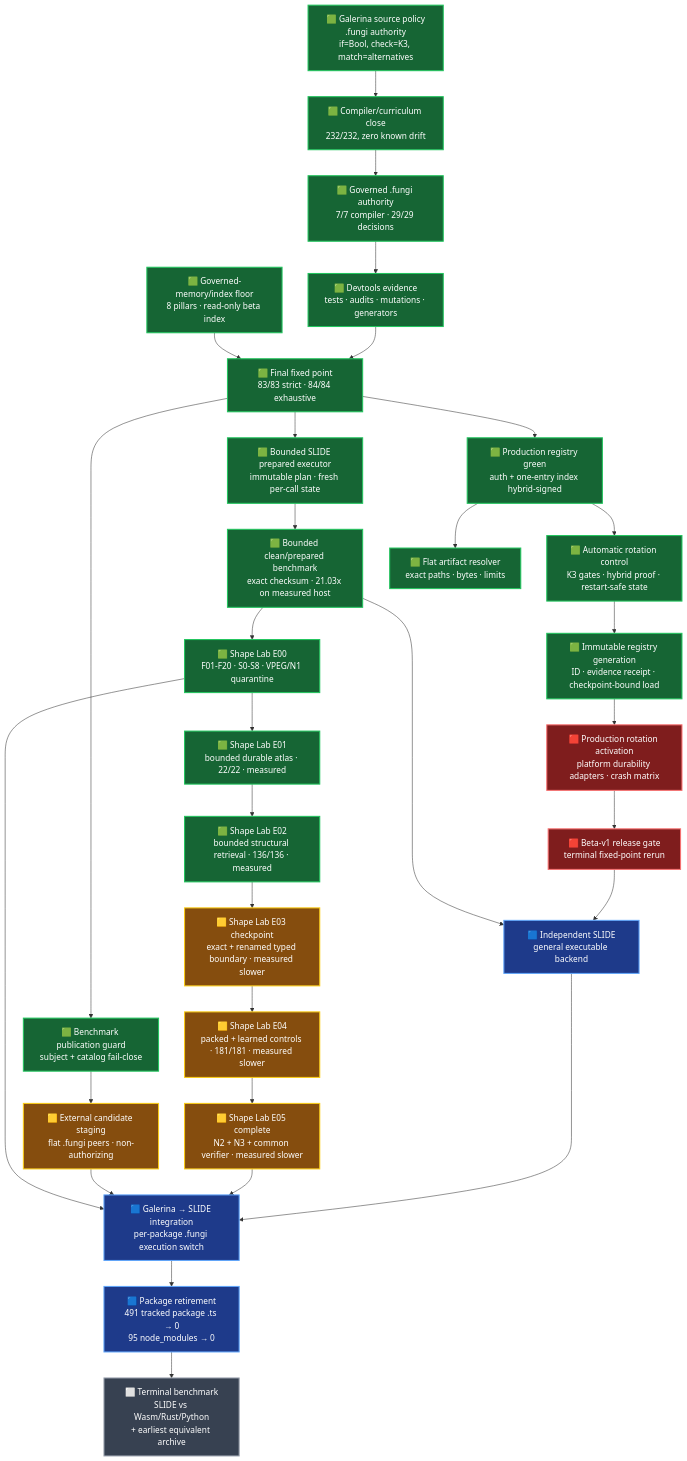
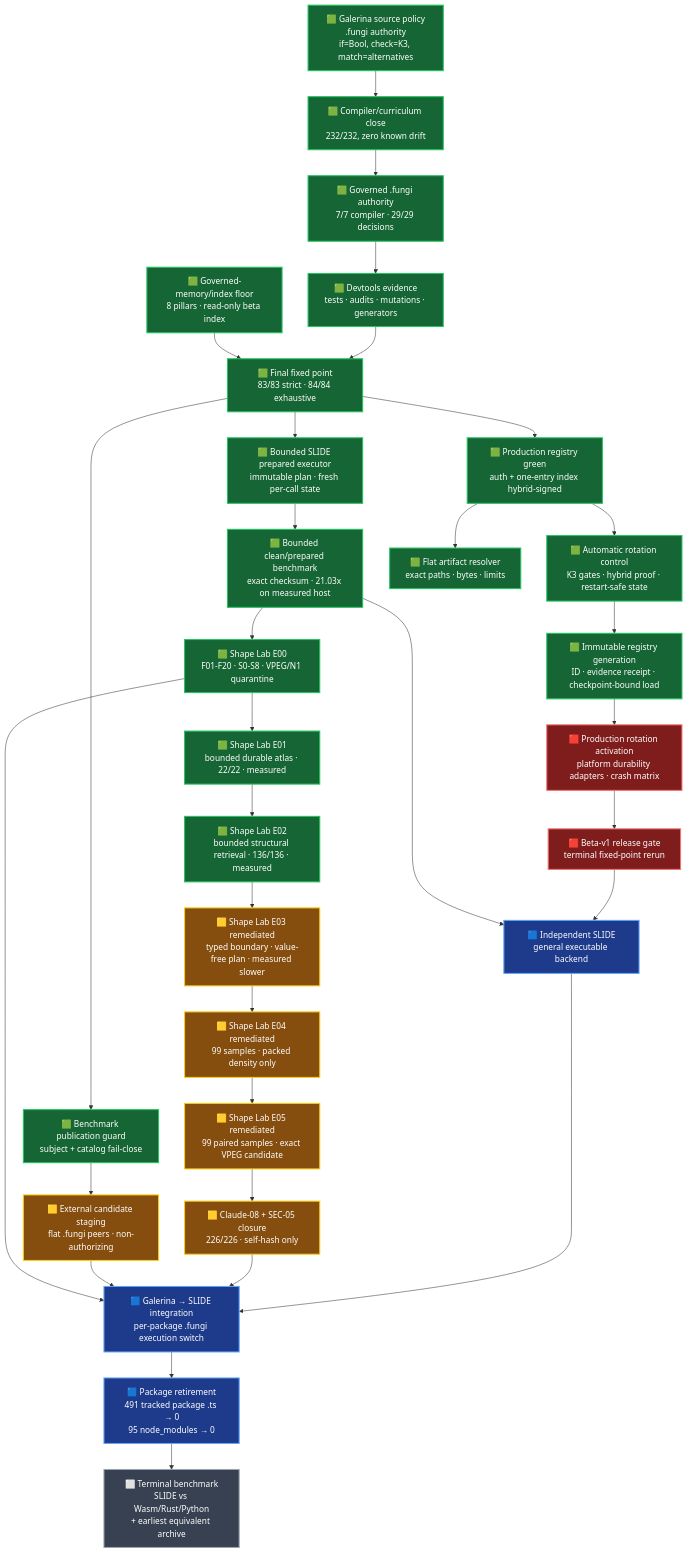
Before and after one commit to TritHypha/Deveolpment-runtime-fungi-gate: the diagram in docs/roadmap-2026-07-29-galerina-beta-v1-to-slide.md, drawn with Mermaid. The commit also changed other lines of this file and 1 other file, not shown here.

Commit message:
docs: reconcile Shape Lab review evidence

````diff
--- a/docs/roadmap-2026-07-29-galerina-beta-v1-to-slide.md
+++ b/docs/roadmap-2026-07-29-galerina-beta-v1-to-slide.md
@@ -22,51 +23,52 @@
 ```mermaid
 flowchart TB
     A["🟩 Galerina source policy<br/>.fungi authority<br/>if=Bool, check=K3, match=alternatives"]
     B["🟩 Compiler/curriculum close<br/>232/232, zero known drift"]
     C["🟩 Governed .fungi authority<br/>7/7 compiler · 29/29 decisions"]
     D["🟩 Devtools evidence<br/>tests · audits · mutations · generators"]
     E["🟩 Final fixed point<br/>83/83 strict · 84/84 exhaustive"]
     R["🟩 Automatic rotation control<br/>K3 gates · hybrid proof · restart-safe state"]
     Y["🟩 Immutable registry generation<br/>ID · evidence receipt · checkpoint-bound load"]
     X["🟥 Production rotation activation<br/>platform durability adapters · crash matrix"]
     F["🟥 Beta-v1 release gate<br/>terminal fixed-point rerun"]
     G["🟩 Production registry green<br/>auth + one-entry index hybrid-signed"]
     H["🟦 Independent SLIDE<br/>general executable backend"]
     S["🟩 Bounded SLIDE prepared executor<br/>immutable plan · fresh per-call state"]
     L["🟩 Bounded clean/prepared benchmark<br/>exact checksum · 21.03x on measured host"]
     Q["🟨 External candidate staging<br/>flat .fungi peers · non-authorizing"]
     K["🟩 Benchmark publication guard<br/>subject + catalog fail-close"]
     I["🟦 Galerina → SLIDE integration<br/>per-package .fungi execution switch"]
     T["🟦 Package retirement<br/>491 tracked package .ts → 0<br/>95 node_modules → 0"]
     J["⬜ Terminal benchmark<br/>SLIDE vs Wasm/Rust/Python<br/>+ earliest equivalent archive"]
     P["🟩 Flat artifact resolver<br/>exact paths · bytes · limits"]
     M["🟩 Shape Lab E00<br/>F01-F20 · S0-S8 · VPEG/N1 quarantine"]
     U["🟩 Shape Lab E01<br/>bounded durable atlas · 22/22 · measured"]
     V["🟩 Shape Lab E02<br/>bounded structural retrieval · 136/136 · measured"]
-    W["🟨 Shape Lab E03 checkpoint<br/>exact + renamed typed boundary · measured slower"]
-    AA["🟨 Shape Lab E04<br/>packed + learned controls · 181/181 · measured slower"]
-    AB["🟨 Shape Lab E05 complete<br/>N2 + N3 + common verifier · measured slower"]
+    W["🟨 Shape Lab E03 remediated<br/>typed boundary · value-free plan · measured slower"]
+    AA["🟨 Shape Lab E04 remediated<br/>99 samples · packed density only"]
+    AB["🟨 Shape Lab E05 remediated<br/>99 paired samples · exact VPEG candidate"]
+    AC["🟨 Claude-08 + SEC-05 closure<br/>226/226 · self-hash only"]
     Z["🟩 Governed-memory/index floor<br/>8 pillars · read-only beta index"]
 
     A --> B --> C --> D --> E --> G --> R --> Y --> X --> F --> H --> I --> T --> J
     Z --> E
     G --> P
-    L --> M --> U --> V --> W --> AA --> AB
-    AB --> I
+    L --> M --> U --> V --> W --> AA --> AB --> AC
+    AC --> I
     E --> K --> Q
     E --> S --> L --> H
     Q --> I
     M --> I
 
     classDef green fill:#166534,color:#ffffff,stroke:#22c55e,stroke-width:2px;
     classDef amber fill:#854d0e,color:#ffffff,stroke:#facc15,stroke-width:2px;
     classDef red fill:#7f1d1d,color:#ffffff,stroke:#f87171,stroke-width:2px;
     classDef blue fill:#1e3a8a,color:#ffffff,stroke:#60a5fa,stroke-width:2px;
     classDef grey fill:#374151,color:#ffffff,stroke:#9ca3af,stroke-width:2px;
     class A,B,C,D,E,G,R,Y,Z,K,S,L,M,U,V green;
     class X,F red;
-    class Q,W,AA,AB amber;
+    class Q,W,AA,AB,AC amber;
     class H,I,T blue;
     class P green;
     class J grey;
 ```
````
